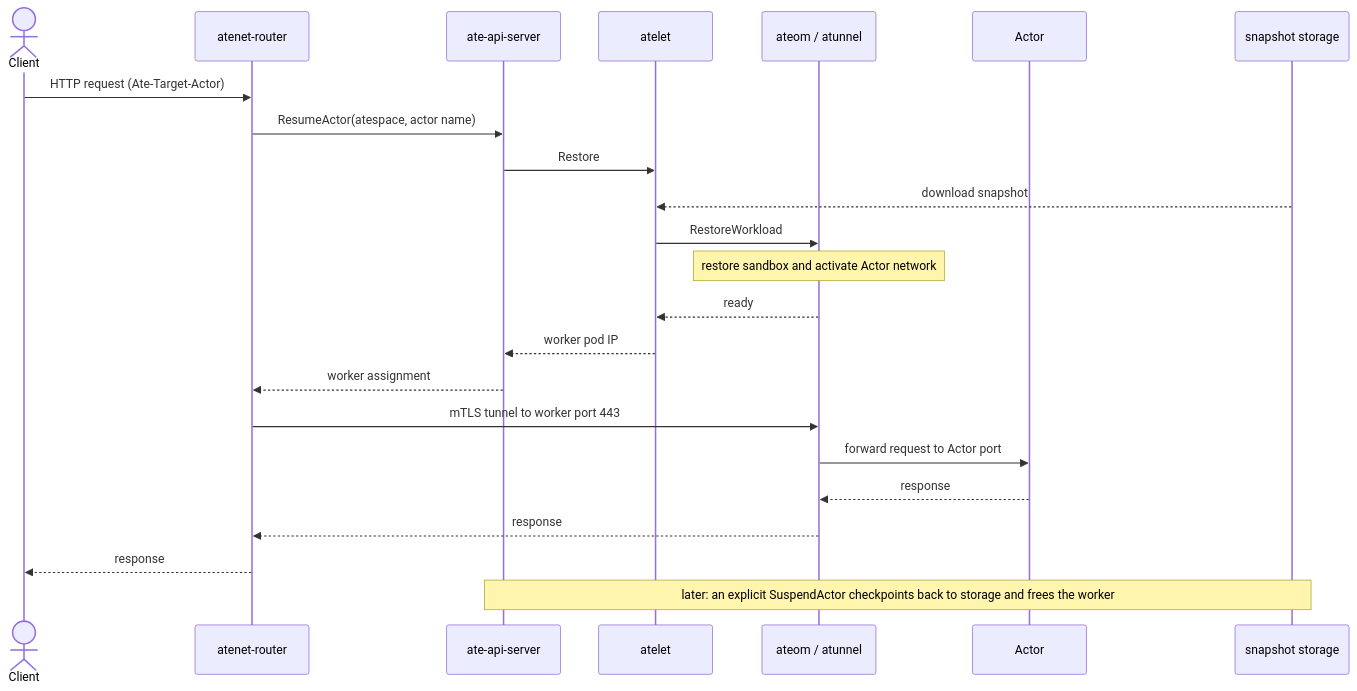
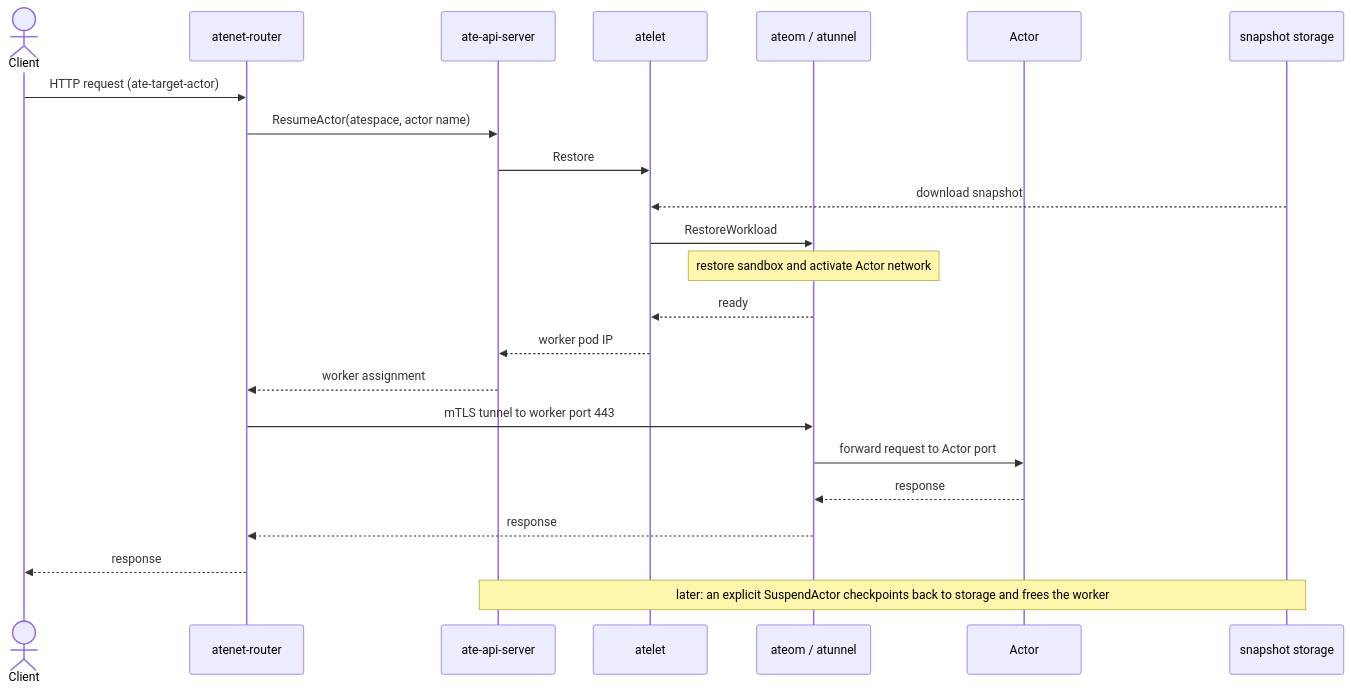
The second of 3 diagrams in docs/architecture.md (agent-substrate/substrate), drawn with Mermaid before and after one commit. The commit also changed other lines of this file and 36 other files, not shown here.

````diff
--- a/docs/architecture.md
+++ b/docs/architecture.md
@@ -375,26 +375,26 @@
 ```mermaid
 sequenceDiagram
     actor Client
     participant Gateway as atenet-router
     participant API as ate-api-server
     participant Atelet as atelet
     participant Tunnel as ateom / atunnel
     participant A as Actor
     participant Store as snapshot storage
 
-    Client->>Gateway: HTTP request (Ate-Target-Actor)
+    Client->>Gateway: HTTP request (ate-target-actor)
     Gateway->>API: ResumeActor(atespace, actor name)
     API->>Atelet: Restore
     Store-->>Atelet: download snapshot
     Atelet->>Tunnel: RestoreWorkload
     Note over Tunnel: restore sandbox and activate Actor network
     Tunnel-->>Atelet: ready
     Atelet-->>API: worker pod IP
     API-->>Gateway: worker assignment
     Gateway->>Tunnel: mTLS tunnel to worker port 443
     Tunnel->>A: forward request to Actor port
     A-->>Tunnel: response
     Tunnel-->>Gateway: response
     Gateway-->>Client: response
     Note over API,Store: later: an explicit SuspendActor checkpoints back to storage and frees the worker
 ```
````
